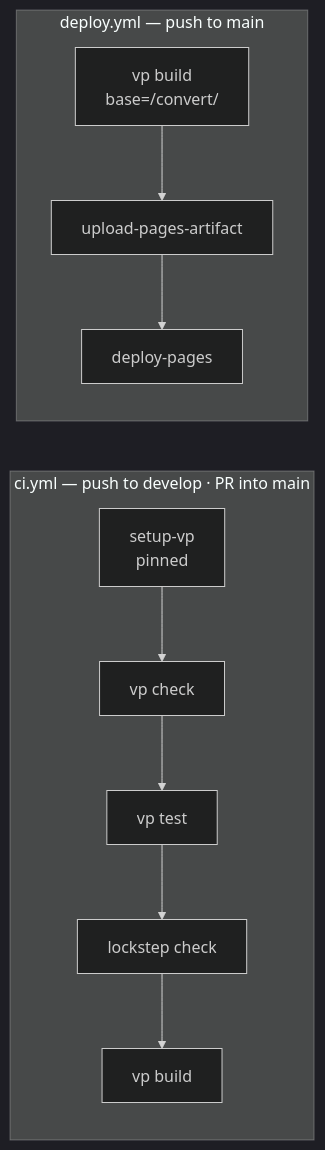
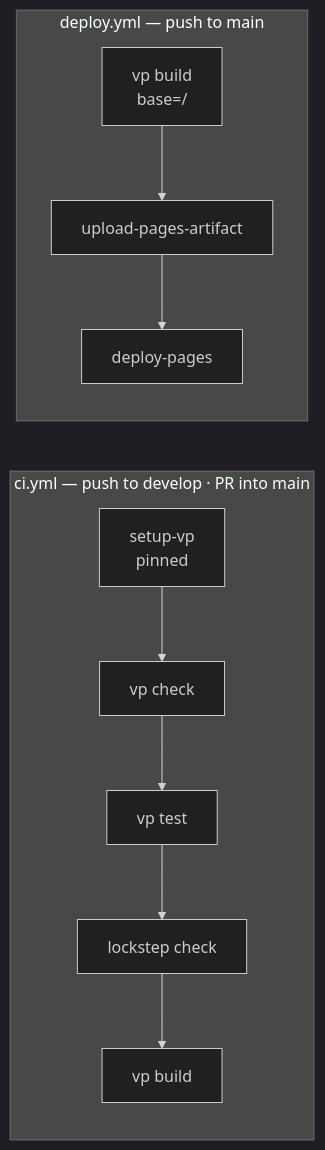
One commit to cityjson/convert changed the sixth of 7 diagrams in docs/idea.md. Above: the diagram before and after it, drawn with Mermaid (dark theme). The commit also changed other lines of this file and 5 other files, not shown here.

````diff
--- a/docs/idea.md
+++ b/docs/idea.md
@@ -275,9 +275,9 @@
 ```mermaid
 flowchart LR
     subgraph ci["ci.yml — push to develop · PR into main"]
         S["setup-vp<br/>pinned"] --> CH[vp check] --> T[vp test] --> L[lockstep check] --> B[vp build]
     end
     subgraph deploy["deploy.yml — push to main"]
-        B2["vp build<br/>base=/convert/"] --> UP[upload-pages-artifact] --> DP[deploy-pages]
+        B2["vp build<br/>base=/"] --> UP[upload-pages-artifact] --> DP[deploy-pages]
     end
 ```
````
